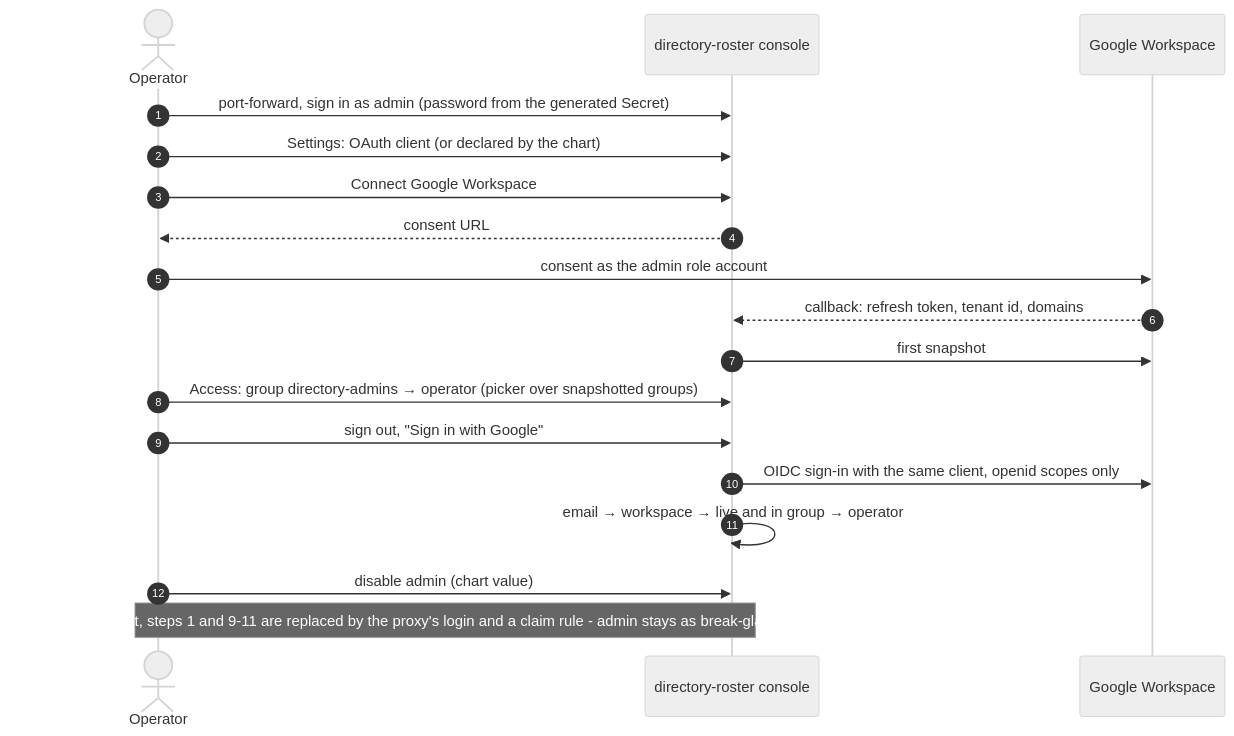
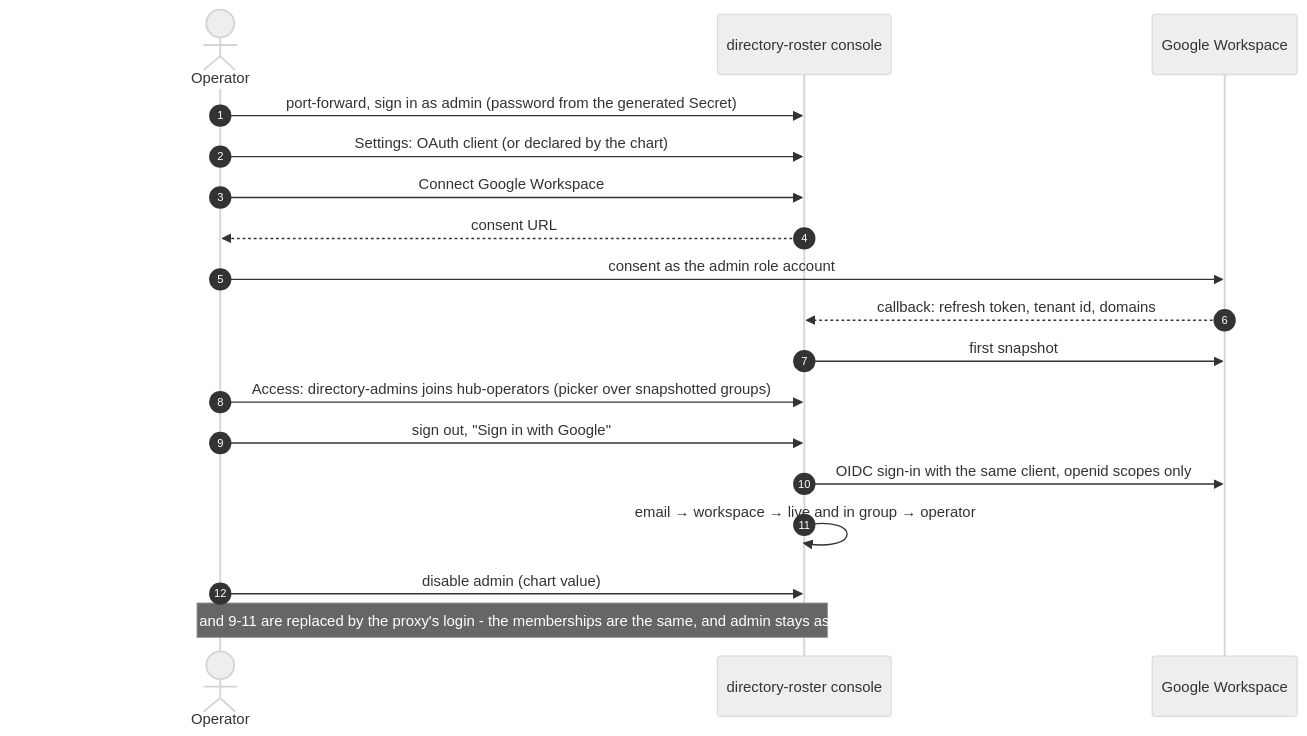
Diagram 11 of 11 in docs/architecture.md (truvity/access-roster), drawn with Mermaid (neutral theme) before and after one commit. The commit also changed other lines of this file and 21 other files, not shown here.

````diff
--- a/docs/architecture.md
+++ b/docs/architecture.md
@@ -382,20 +382,20 @@
 ```mermaid
 sequenceDiagram
   autonumber
   actor O as Operator
   participant H as directory-roster console
   participant G as Google Workspace
   O->>H: port-forward, sign in as admin (password from the generated Secret)
   O->>H: Settings: OAuth client (or declared by the chart)
   O->>H: Connect Google Workspace
   H-->>O: consent URL
   O->>G: consent as the admin role account
   G-->>H: callback: refresh token, tenant id, domains
   H->>G: first snapshot
-  O->>H: Access: group directory-admins → operator (picker over snapshotted groups)
+  O->>H: Access: directory-admins joins hub-operators (picker over snapshotted groups)
   O->>H: sign out, "Sign in with Google"
   H->>G: OIDC sign-in with the same client, openid scopes only
   H->>H: email → workspace → live and in group → operator
   O->>H: disable admin (chart value)
-  Note over O,H: with a proxy in front, steps 1 and 9-11 are replaced by the proxy's login and a claim rule - admin stays as break-glass by port-forward
+  Note over O,H: with a proxy in front, steps 1 and 9-11 are replaced by the proxy's login - the memberships are the same, and admin stays as break-glass by port-forward
 ```
````
